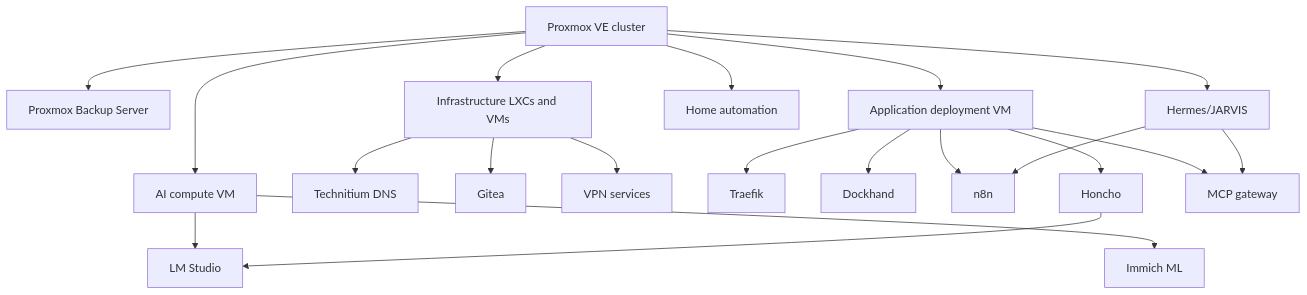
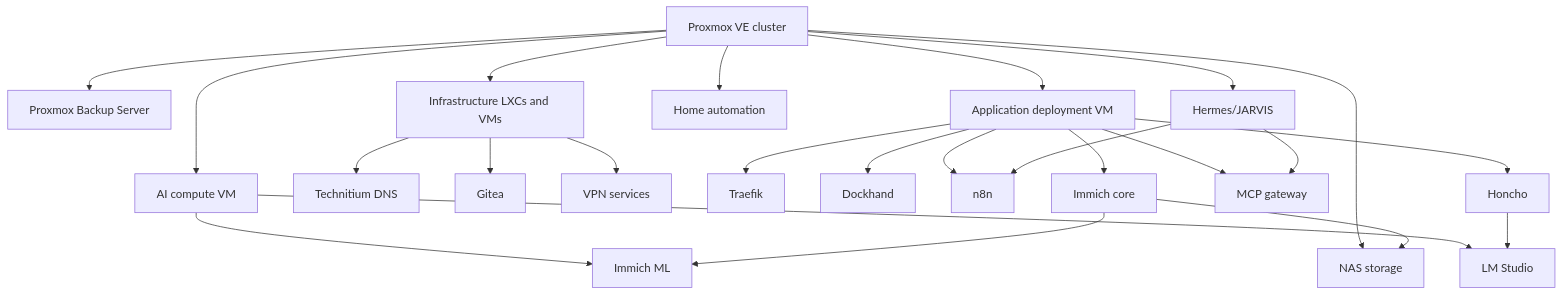
Before and after one commit to M0zzi3/homelab: the second of 4 diagrams in docs/architecture.md, drawn with Mermaid. The commit also changed other lines of this file and 18 other files, not shown here.

````diff
--- a/docs/architecture.md
+++ b/docs/architecture.md
@@ -47,29 +47,34 @@
 ```mermaid
 flowchart TB
     pve[Proxmox VE cluster]
     pbs[Proxmox Backup Server]
 
     pve --> infra[Infrastructure LXCs and VMs]
     pve --> app[Application deployment VM]
     pve --> ai[AI compute VM]
     pve --> ha[Home automation]
     pve --> jarvis[Hermes/JARVIS]
+    pve --> nas[NAS storage]
     pve --> pbs
 
     infra --> dns[Technitium DNS]
     infra --> git[Gitea]
     infra --> vpn[VPN services]
 
     app --> traefik[Traefik]
     app --> dockhand[Dockhand]
     app --> n8n[n8n]
     app --> honcho[Honcho]
     app --> mcp[MCP gateway]
 
     ai --> lmstudio[LM Studio]
     ai --> immichml[Immich ML]
 
+    app --> immich[Immich core]
+    immich --> nas
+    immich --> immichml
+
     jarvis --> n8n
     jarvis --> mcp
     honcho --> lmstudio
 ```
````
